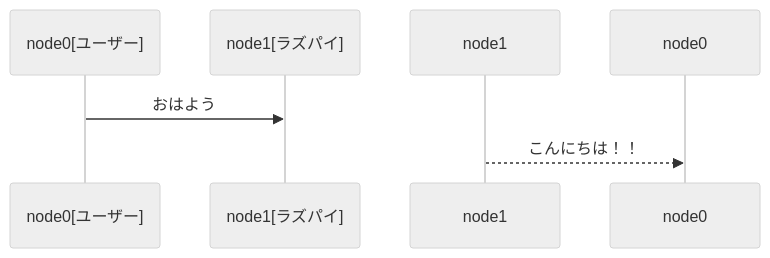
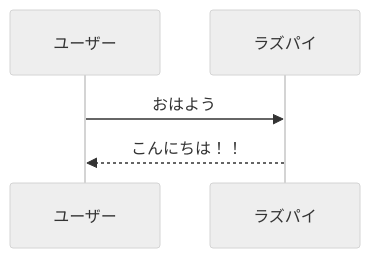
The second of 2 diagrams in memo/SystemMEMO.md (YUKI-SOKENDAI/SmartLock), drawn with Mermaid (neutral theme) before and after one commit.

````diff
--- a/memo/SystemMEMO.md
+++ b/memo/SystemMEMO.md
@@ -63,5 +63,5 @@
 ```mermaid
 sequenceDiagram
-    node0[ユーザー]->>node1[ラズパイ]: おはよう
-    node1-->>node0: こんにちは！！
+    ユーザー->>ラズパイ: おはよう
+    ラズパイ-->>ユーザー: こんにちは！！
 ```
````
